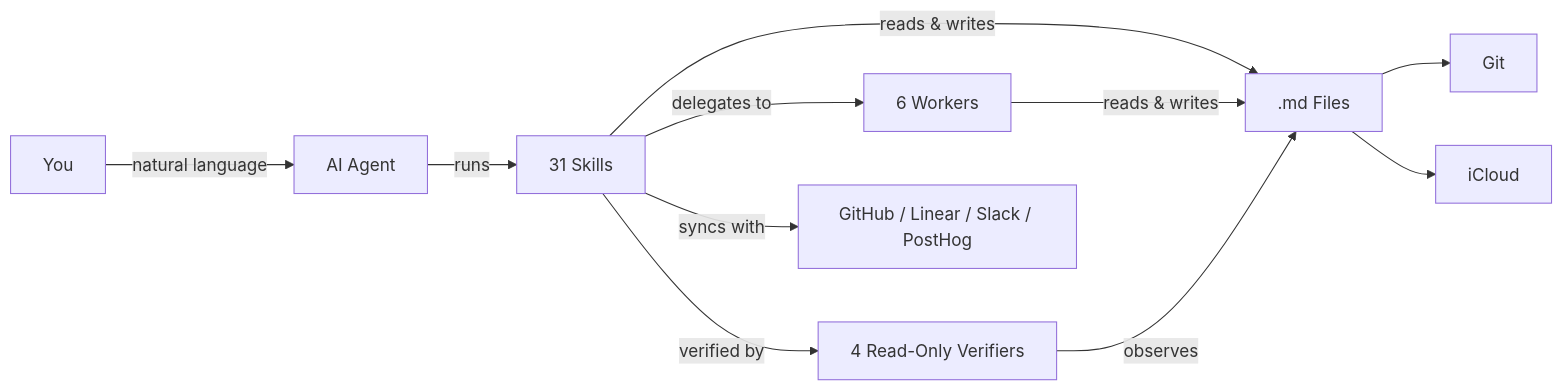
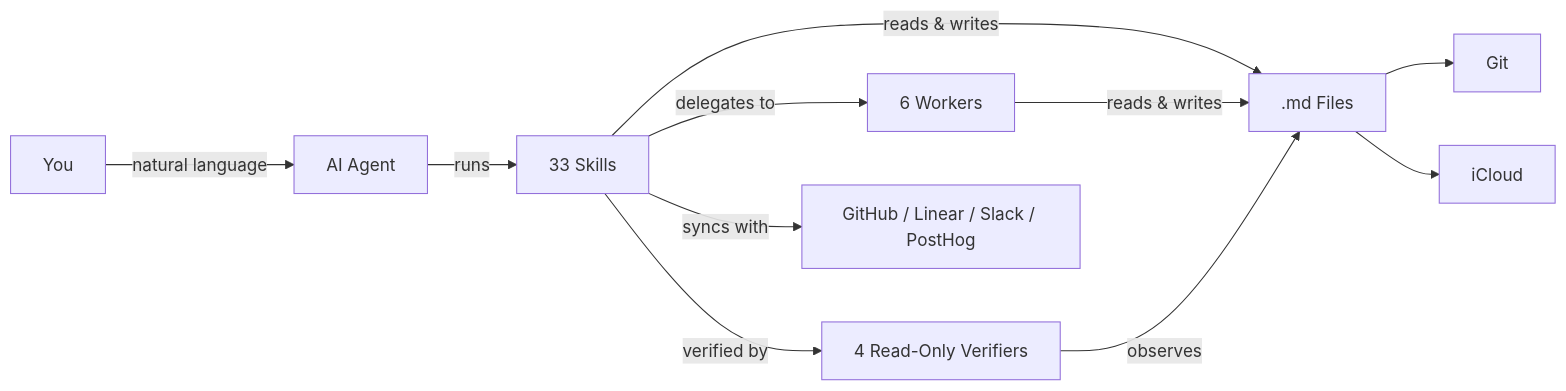
One commit to huytieu/COG-second-brain changed the first of 2 diagrams in README.md. Above: the diagram before and after it, drawn with Mermaid. The commit also changed other lines of this file and 13 other files, not shown here.

````diff
--- a/README.md
+++ b/README.md
@@ -11,13 +11,13 @@
 ```mermaid
 graph LR
     A[You] -- natural language --> B[AI Agent]
-    B -- runs --> C[31 Skills]
+    B -- runs --> C[33 Skills]
     C -- delegates to --> W[6 Workers]
     C -- verified by --> V[4 Read-Only Verifiers]
     C -- reads & writes --> D[.md Files]
     W -- reads & writes --> D
     V -- observes --> D
     C -- syncs with --> G[GitHub / Linear / Slack / PostHog]
     D --> E[Git]
     D --> F[iCloud]
 ```
````
